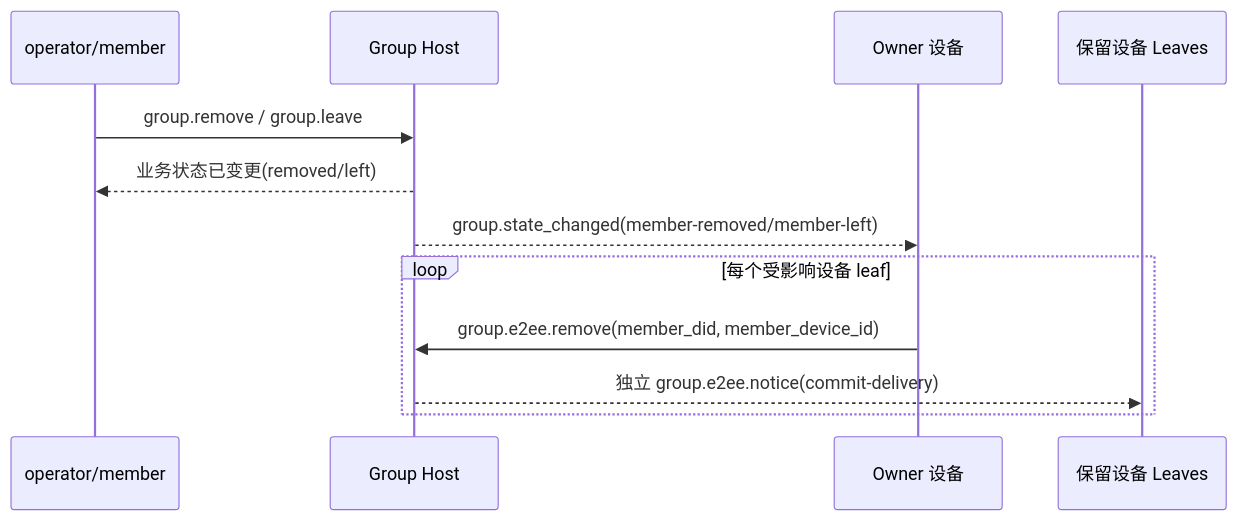
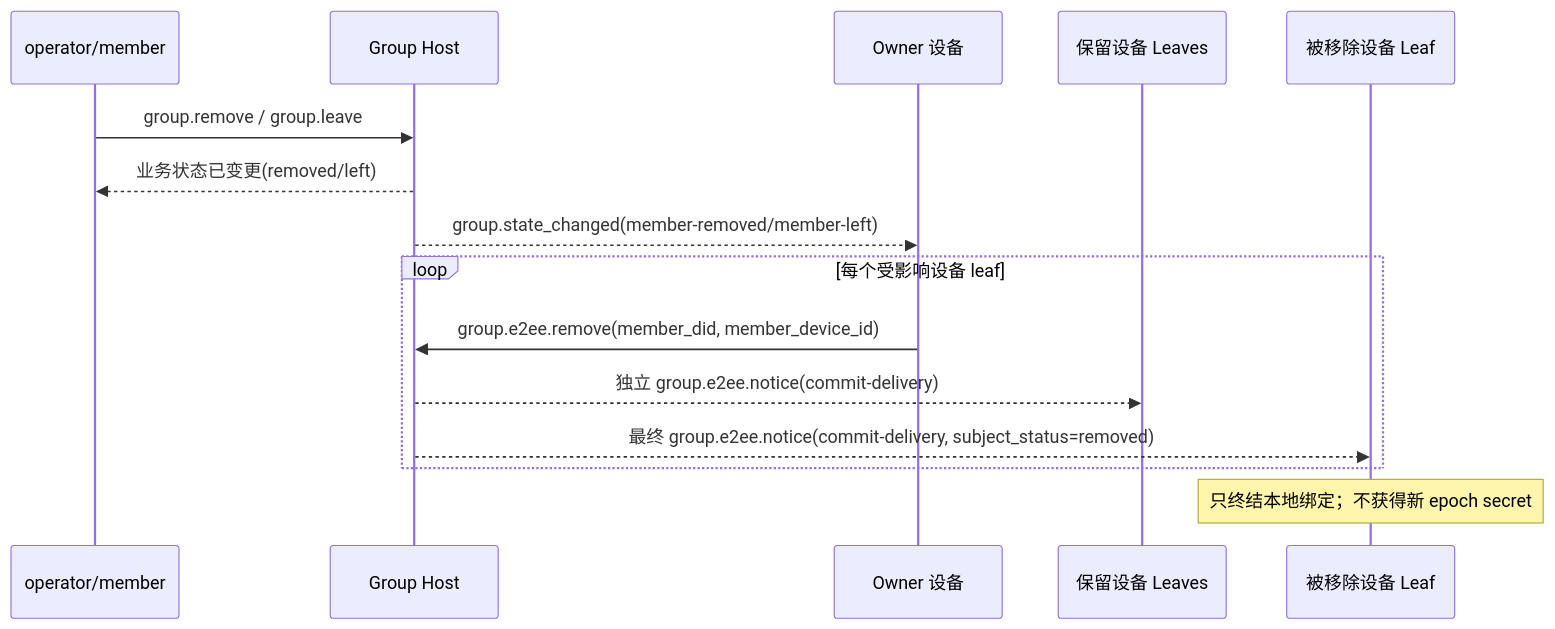
One commit to NeatNerdPrime/AgentNetworkProtocol changed the seventh of 9 diagrams in chinese/message/vnext/06-群组端到端加密.md. Above: the diagram before and after it, drawn with Mermaid. The commit also changed other lines of this file and 5 other files, not shown here.

First line of the commit message:
docs: harden vnext P6 group E2EE delivery, verification, and terminal-state rules

````diff
--- a/chinese/message/vnext/06-群组端到端加密.md
+++ b/chinese/message/vnext/06-群组端到端加密.md
@@ -1647,15 +1776,18 @@
 ```mermaid
 sequenceDiagram
     participant X as operator/member
     participant H as Group Host
     participant O as Owner 设备
     participant R as 保留设备 Leaves
+    participant D as 被移除设备 Leaf
 
     X->>H: group.remove / group.leave
     H-->>X: 业务状态已变更(removed/left)
     H-->>O: group.state_changed(member-removed/member-left)
     loop 每个受影响设备 leaf
         O->>H: group.e2ee.remove(member_did, member_device_id)
         H-->>R: 独立 group.e2ee.notice(commit-delivery)
+        H-->>D: 最终 group.e2ee.notice(commit-delivery, subject_status=removed)
     end
+    Note over D: 只终结本地绑定；不获得新 epoch secret
 ```
````
